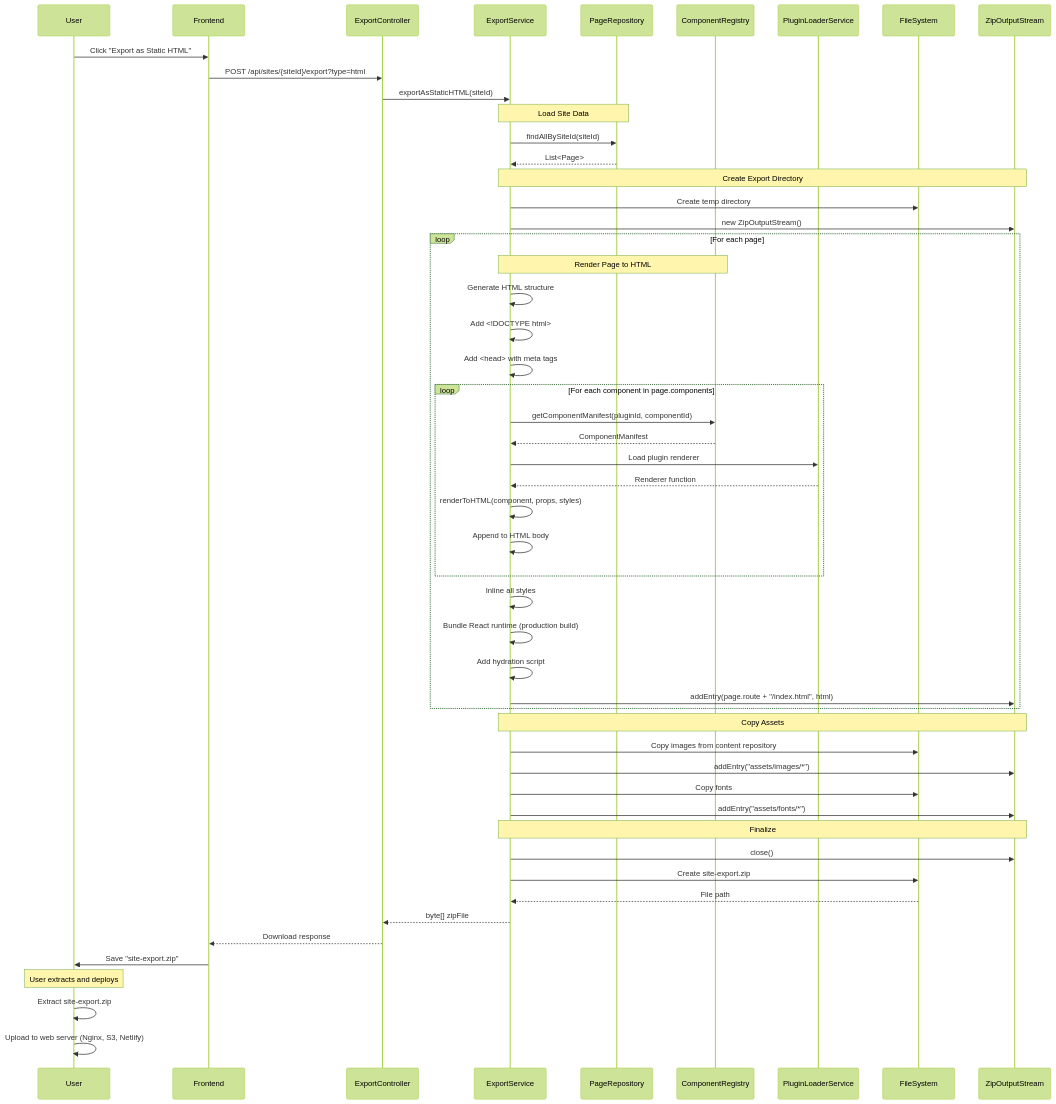
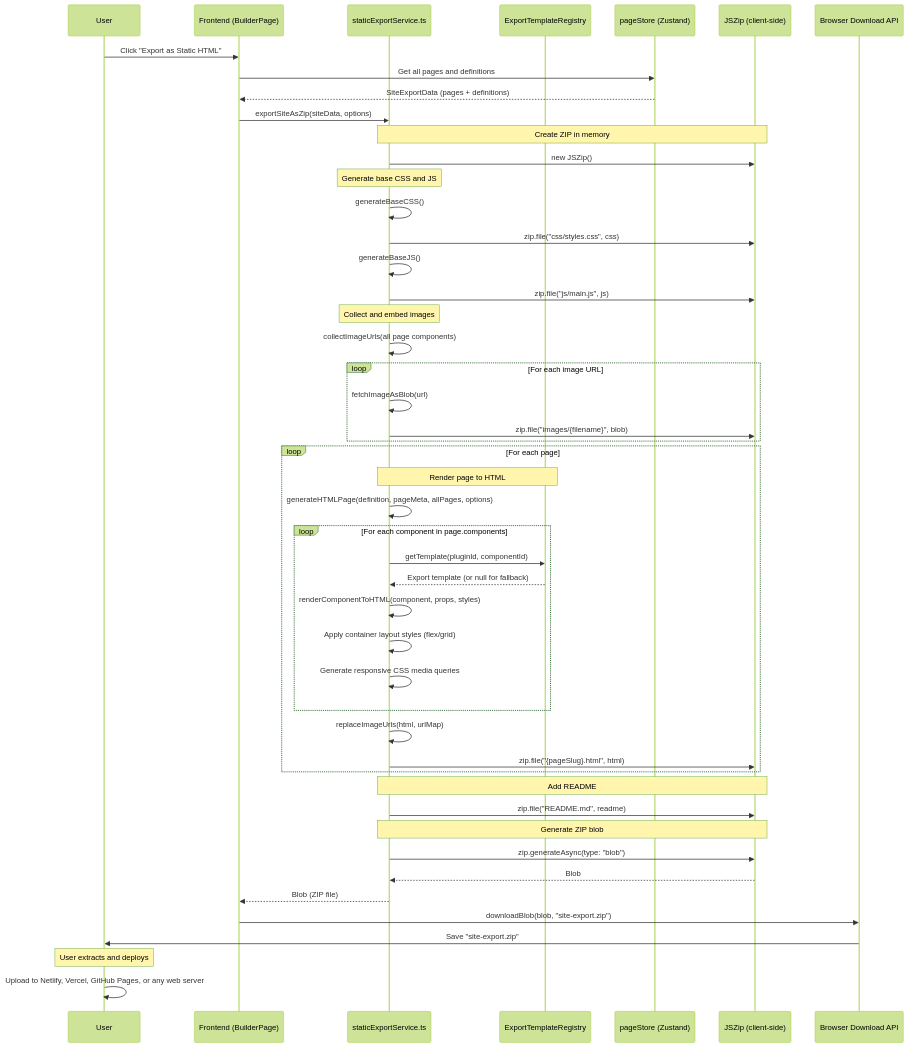
One commit to Visual-Site-Designer-VSD/visual-site-designer changed diagram 11 of 13 in docs/architecture/arc42/06-runtime-view.md. Above: the diagram before and after it, drawn with Mermaid (forest theme). The commit also changed other lines of this file and 15 other files, not shown here.

````diff
--- a/docs/architecture/arc42/06-runtime-view.md
+++ b/docs/architecture/arc42/06-runtime-view.md
@@ -779,67 +756,61 @@
 ```mermaid
 sequenceDiagram
     participant User
-    participant FE as Frontend
-    participant API as ExportController
-    participant ES as ExportService
-    participant PR as PageRepository
-    participant CR as ComponentRegistry
-    participant PL as PluginLoaderService
-    participant FS as FileSystem
-    participant ZIP as ZipOutputStream
+    participant FE as Frontend (BuilderPage)
+    participant SES as staticExportService.ts
+    participant ETR as ExportTemplateRegistry
+    participant Store as pageStore (Zustand)
+    participant JSZip as JSZip (client-side)
+    participant Browser as Browser Download API
 
     User->>FE: Click "Export as Static HTML"
-    FE->>API: POST /api/sites/{siteId}/export?type=html
-    API->>ES: exportAsStaticHTML(siteId)
+    FE->>Store: Get all pages and definitions
+    Store-->>FE: SiteExportData (pages + definitions)
+    FE->>SES: exportSiteAsZip(siteData, options)
 
-    Note over ES,PR: Load Site Data
-    ES->>PR: findAllBySiteId(siteId)
-    PR-->>ES: List<Page>
+    Note over SES,JSZip: Create ZIP in memory
+    SES->>JSZip: new JSZip()
 
-    Note over ES,ZIP: Create Export Directory
-    ES->>FS: Create temp directory
-    ES->>ZIP: new ZipOutputStream()
+    Note over SES: Generate base CSS and JS
+    SES->>SES: generateBaseCSS()
+    SES->>JSZip: zip.file("css/styles.css", css)
+    SES->>SES: generateBaseJS()
+    SES->>JSZip: zip.file("js/main.js", js)
+
+    Note over SES: Collect and embed images
+    SES->>SES: collectImageUrls(all page components)
+    loop For each image URL
+        SES->>SES: fetchImageAsBlob(url)
+        SES->>JSZip: zip.file("images/{filename}", blob)
+    end
 
     loop For each page
-        Note over ES,CR: Render Page to HTML
-        ES->>ES: Generate HTML structure
-        ES->>ES: Add <!DOCTYPE html>
-        ES->>ES: Add <head> with meta tags
+        Note over SES,ETR: Render page to HTML
+        SES->>SES: generateHTMLPage(definition, pageMeta, allPages, options)
 
         loop For each component in page.components
-            ES->>CR: getComponentManifest(pluginId, componentId)
-            CR-->>ES: ComponentManifest
-
-            ES->>PL: Load plugin renderer
-            PL-->>ES: Renderer function
-
-            ES->>ES: renderToHTML(component, props, styles)
-            ES->>ES: Append to HTML body
+            SES->>ETR: getTemplate(pluginId, componentId)
+            ETR-->>SES: Export template (or null for fallback)
+            SES->>SES: renderComponentToHTML(component, props, styles)
+            SES->>SES: Apply container layout styles (flex/grid)
+            SES->>SES: Generate responsive CSS media queries
         end
 
-        ES->>ES: Inline all styles
-        ES->>ES: Bundle React runtime (production build)
-        ES->>ES: Add hydration script
-
-        ES->>ZIP: addEntry(page.route + "/index.html", html)
+        SES->>SES: replaceImageUrls(html, urlMap)
+        SES->>JSZip: zip.file("{pageSlug}.html", html)
     end
 
-    Note over ES,ZIP: Copy Assets
-    ES->>FS: Copy images from content repository
-    ES->>ZIP: addEntry("assets/images/*")
-    ES->>FS: Copy fonts
-    ES->>ZIP: addEntry("assets/fonts/*")
+    Note over SES,JSZip: Add README
+    SES->>JSZip: zip.file("README.md", readme)
 
-    Note over ES,ZIP: Finalize
-    ES->>ZIP: close()
-    ES->>FS: Create site-export.zip
-    FS-->>ES: File path
+    Note over SES,JSZip: Generate ZIP blob
+    SES->>JSZip: zip.generateAsync(type: "blob")
+    JSZip-->>SES: Blob
 
-    ES-->>API: byte[] zipFile
-    API-->>FE: Download response
-    FE->>User: Save "site-export.zip"
+    SES-->>FE: Blob (ZIP file)
+    FE->>Browser: downloadBlob(blob, "site-export.zip")
+    Browser->>User: Save "site-export.zip"
 
     Note over User: User extracts and deploys
-    User->>User: Extract site-export.zip
-    User->>User: Upload to web server (Nginx, S3, Netlify)
+    User->>User: Upload to Netlify, Vercel, GitHub Pages, or any web server
 ```
````
